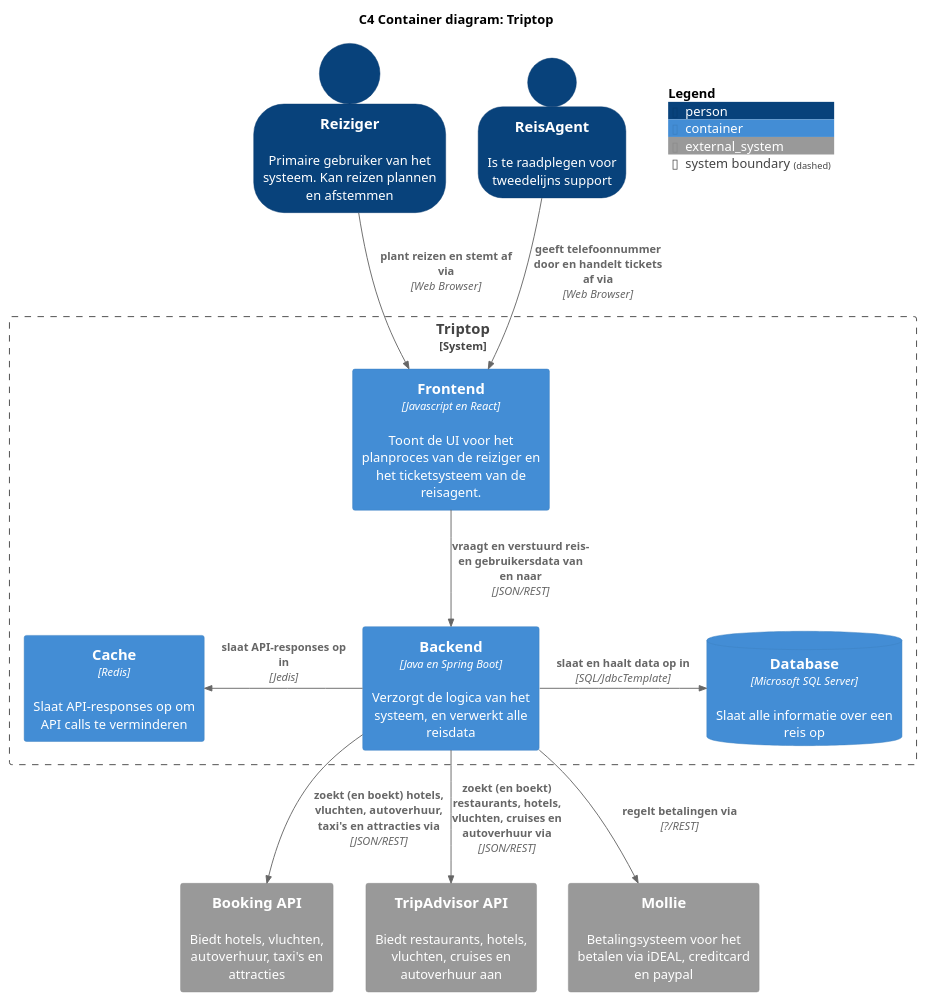
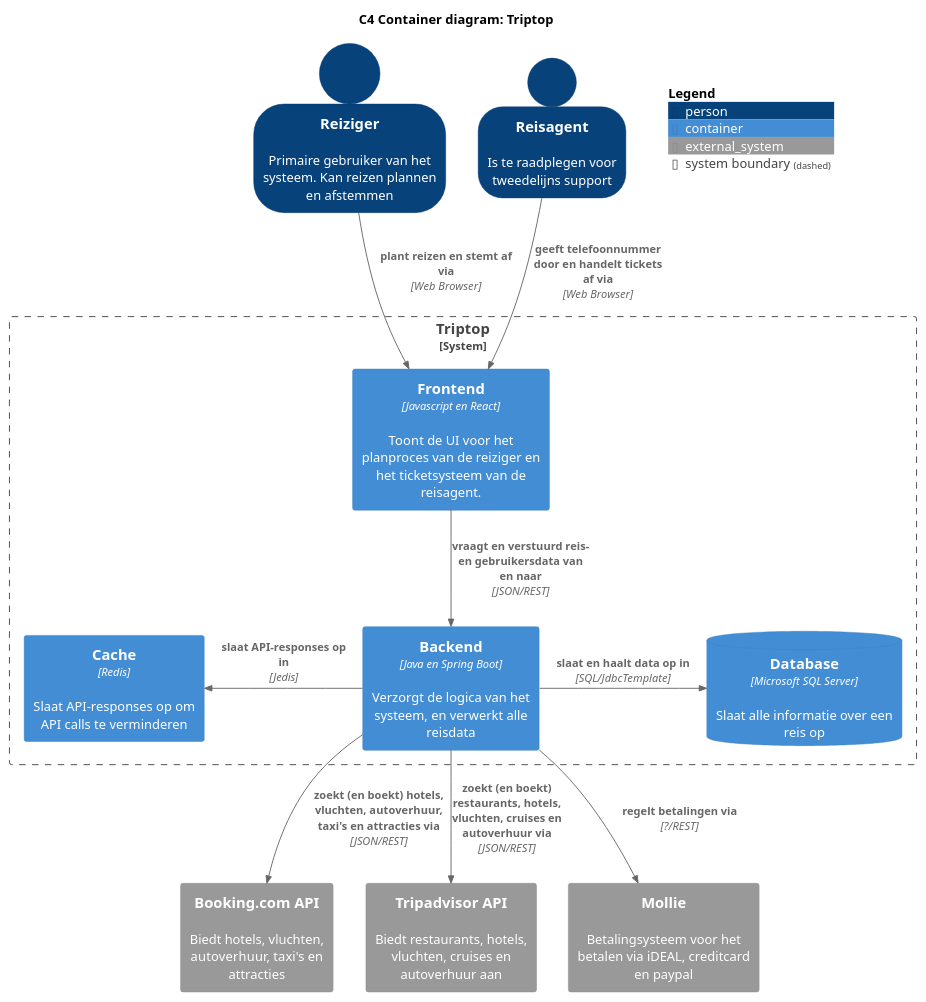
One commit to AIM-ENE-feb25/triptop-groep-4-jochem-roald-stijn-a changed the diagram in software-guidebook/sgb-bestanden/container-diagram.puml. Above: the diagram before and after it, drawn with PlantUML. The commit also changed 19 other files, not shown here.

First line of the commit message:
Alle diagrammen rechtgetrokken

```diff
--- a/software-guidebook/sgb-bestanden/container-diagram.puml
+++ b/software-guidebook/sgb-bestanden/container-diagram.puml
@@ -1,41 +1,41 @@
 @startuml
 title C4 Container diagram: Triptop
 !include <C4/C4_Container.puml>
 
 top to bottom direction
 
 SHOW_PERSON_OUTLINE()
 
 Person(reiziger, "Reiziger", "Primaire gebruiker van het systeem. Kan reizen plannen en afstemmen")
-Person(reisagent, "ReisAgent", "Is te raadplegen voor tweedelijns support")
+Person(reisagent, "Reisagent", "Is te raadplegen voor tweedelijns support")
 
 System_Boundary(system, "Triptop") {
     Container(frontend, "Frontend", "Javascript en React", "Toont de UI voor het planproces van de reiziger en het ticketsysteem van de reisagent.")
     Container(backend, "Backend", "Java en Spring Boot", "Verzorgt de logica van het systeem, en verwerkt alle reisdata")
     ContainerDb(db, "Database", "Microsoft SQL Server", "Slaat alle informatie over een reis op")
     Container(cache, "Cache", "Redis", "Slaat API-responses op om API calls te verminderen")
 }
 
-System_Ext(booking, "Booking API", "Biedt hotels, vluchten, autoverhuur, taxi's en attracties")
-System_Ext(tripadvisor, "TripAdvisor API", "Biedt restaurants, hotels, vluchten, cruises en autoverhuur aan")
+System_Ext(booking, "Booking.com API", "Biedt hotels, vluchten, autoverhuur, taxi's en attracties")
+System_Ext(tripadvisor, "Tripadvisor API", "Biedt restaurants, hotels, vluchten, cruises en autoverhuur aan")
 System_Ext(mollie, "Mollie", "Betalingsysteem voor het betalen via iDEAL, creditcard en paypal")
 
 ' USERS
 Rel(reiziger, frontend, "plant reizen en stemt af via", "Web Browser")
 Rel(reisagent, frontend, "geeft telefoonnummer door en handelt tickets af via", "Web Browser")
 
 ' SYSTEM
 Rel(frontend, backend, "vraagt en verstuurd reis- en gebruikersdata van en naar", "JSON/REST")
 Rel_R(backend, db, "slaat en haalt data op in", "SQL/JdbcTemplate")
 Rel_L(backend, cache, "slaat API-responses op in", "Jedis")
 
 ' EXTERNAL SYSTEMS
 ' TODO: vind de API's zodat dit kan worden ingevuld met correcte informatie
 
 Rel(backend, booking, "zoekt (en boekt) hotels, vluchten, autoverhuur, taxi's en attracties via", "JSON/REST")
 Rel(backend, tripadvisor, "zoekt (en boekt) restaurants, hotels, vluchten, cruises en autoverhuur via", "JSON/REST")
 Rel(backend, mollie, "regelt betalingen via", "?/REST")
 
 SHOW_FLOATING_LEGEND()
 
 @enduml
```
